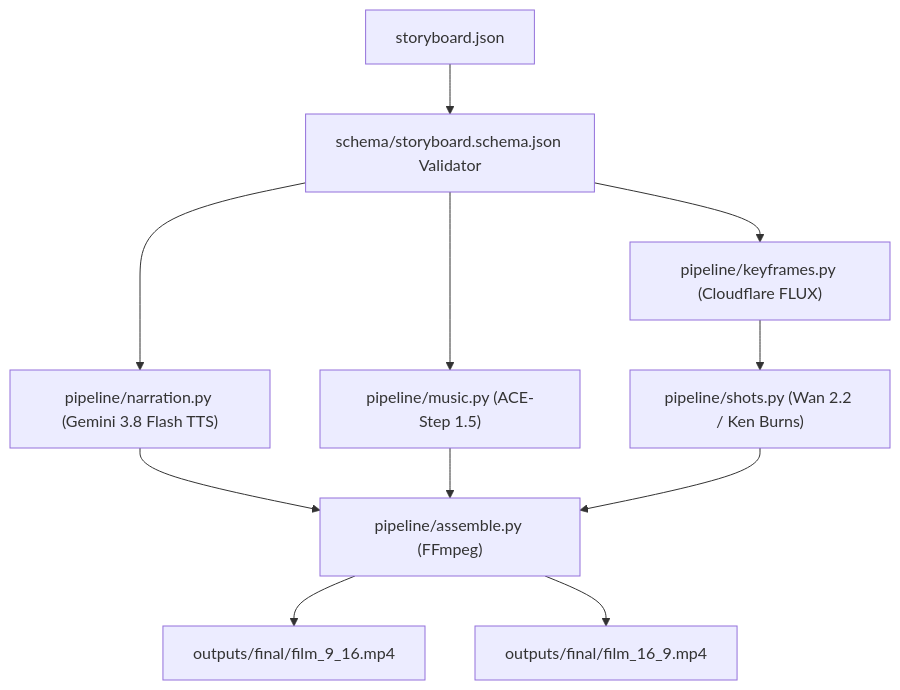
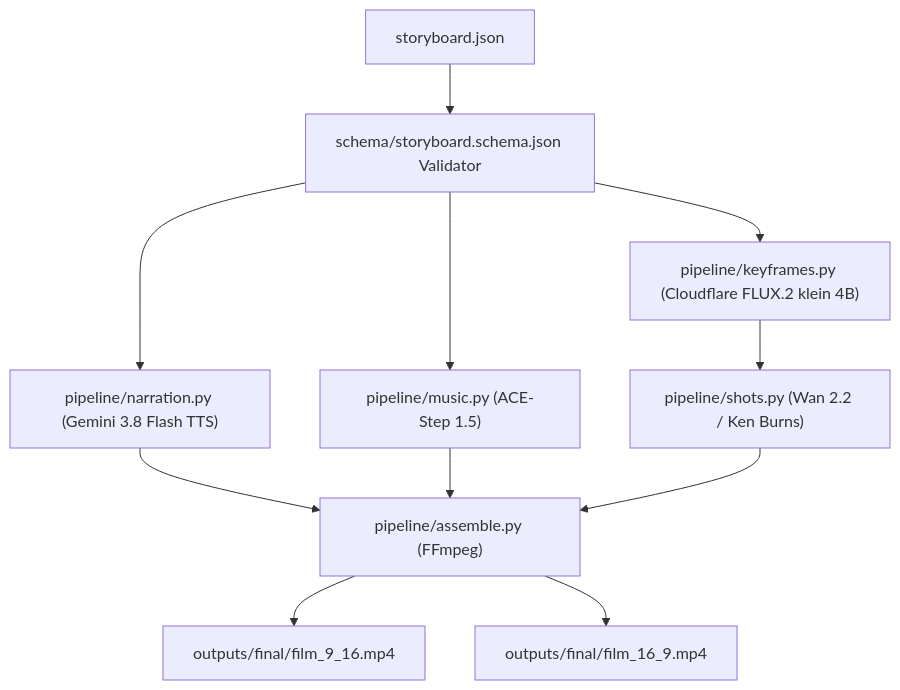
Before and after one commit to Seife1/trp2w0-heritage-short: the diagram in ARCHITECTURE.md, drawn with Mermaid. The commit also changed 5 other files, not shown here.

````diff
--- a/ARCHITECTURE.md
+++ b/ARCHITECTURE.md
@@ -6,13 +6,13 @@
 ```mermaid
 flowchart TD
     Contract["storyboard.json"] --> Validate["schema/storyboard.schema.json Validator"]
     Validate --> Narration["pipeline/narration.py (Gemini 3.8 Flash TTS)"]
-    Validate --> Keyframes["pipeline/keyframes.py (Cloudflare FLUX)"]
+    Validate --> Keyframes["pipeline/keyframes.py (Cloudflare FLUX.2 klein 4B)"]
     Validate --> Music["pipeline/music.py (ACE-Step 1.5)"]
     Keyframes --> Shots["pipeline/shots.py (Wan 2.2 / Ken Burns)"]
     Narration --> Assembly["pipeline/assemble.py (FFmpeg)"]
     Music --> Assembly
     Shots --> Assembly
     Assembly --> MasterVertical["outputs/final/film_9_16.mp4"]
     Assembly --> MasterHorizontal["outputs/final/film_16_9.mp4"]
 ```
````
